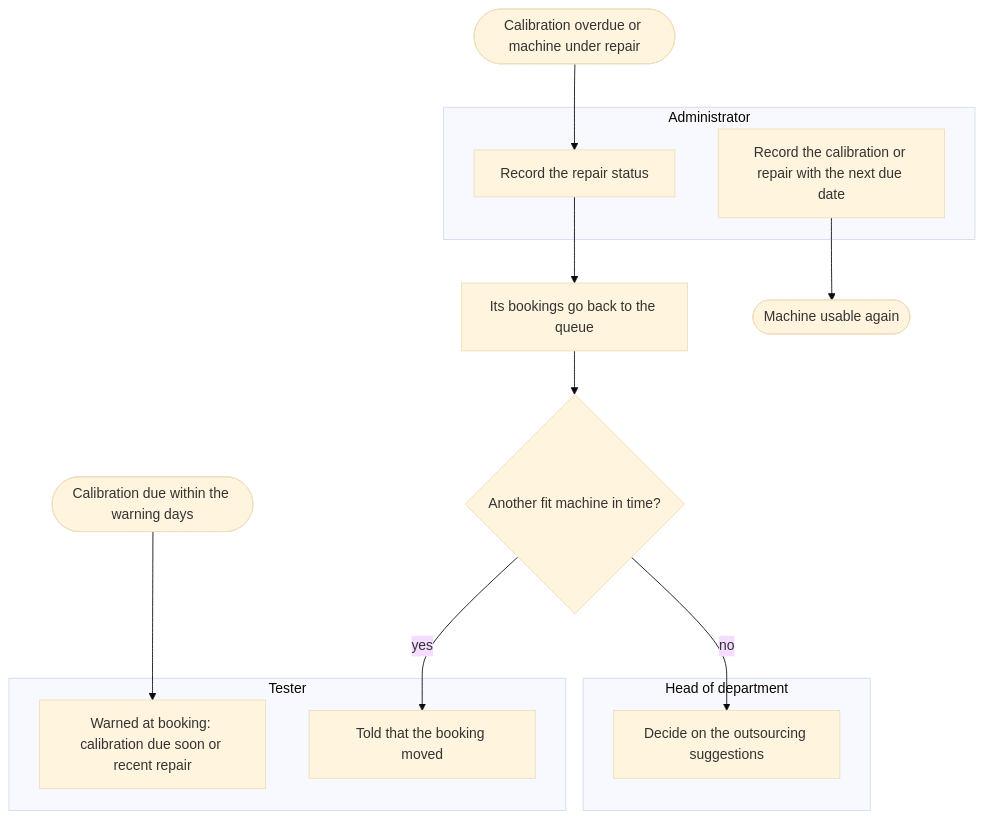
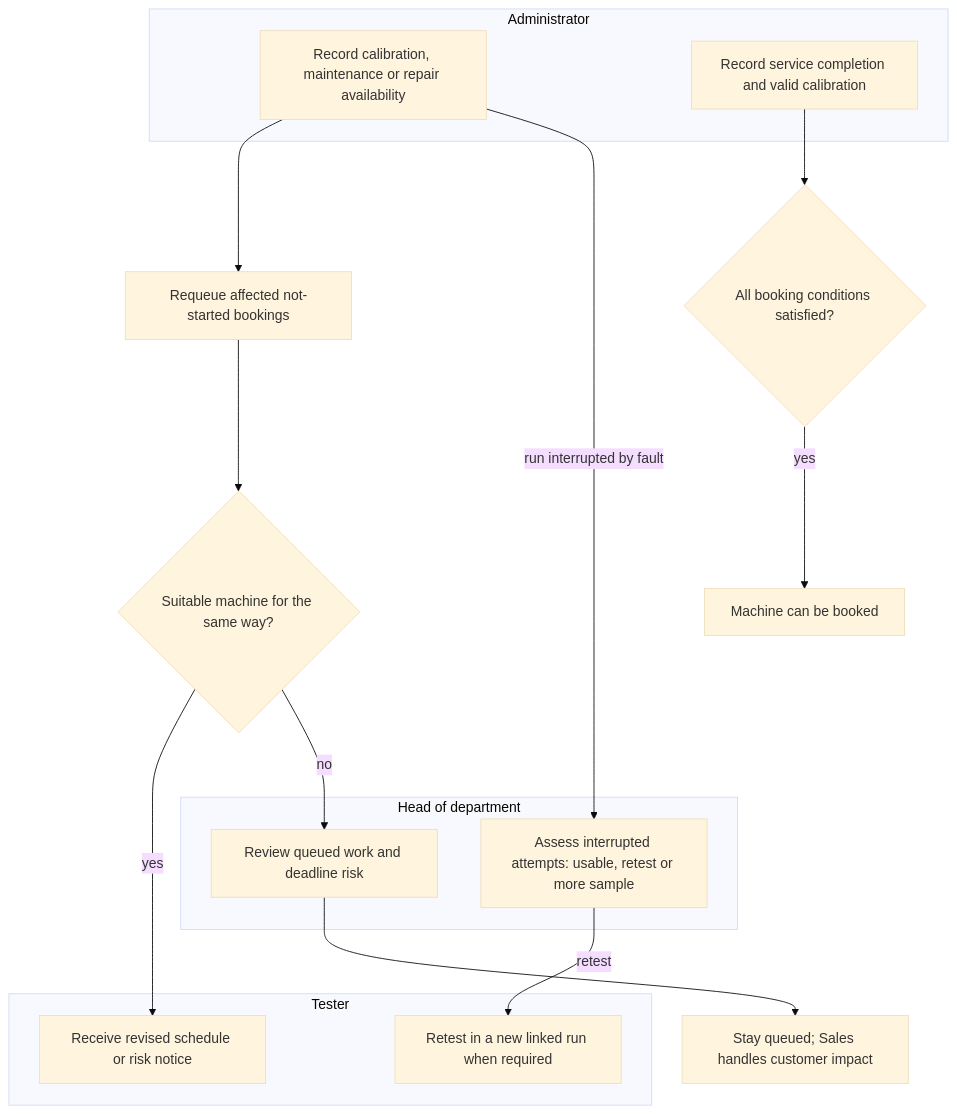
One commit to SoltuneMontepre/medilab changed diagram 12 of 16 in docs/functional/business-flows.md. Above: the diagram before and after it, drawn with Mermaid (base theme). The commit also changed other lines of this file and 30 other files, not shown here.

````diff
--- a/docs/functional/business-flows.md
+++ b/docs/functional/business-flows.md
@@ -506,20 +543,22 @@
 ```mermaid
 flowchart TD
-    subgraph lane27 ["Tester"]
-        t1["Warned at booking: calibration due soon or recent repair"]
-        t2[Told that the booking moved]
+    subgraph lane29 ["Administrator"]
+        a1[Record calibration, maintenance or repair availability]
+        a2[Record service completion and valid calibration]
     end
     subgraph lane28 ["Head of department"]
-        h1[Decide on the outsourcing suggestions]
+        h1[Assess interrupted attempts: usable, retest or more sample]
+        h2[Review queued work and deadline risk]
     end
-    subgraph lane29 ["Administrator"]
-        a1[Record the repair status]
-        a2[Record the calibration or repair with the next due date]
+    subgraph lane27 ["Tester"]
+        t1[Receive revised schedule or risk notice]
+        t2[Retest in a new linked run when required]
     end
-    due([Calibration due within the warning days]) --> t1
-    over([Calibration overdue or machine under repair]) --> a1 --> q[Its bookings go back to the queue]
-    q --> other{Another fit machine in time?}
-    other -->|yes| t2
-    other -->|no| h1
-    a2 --> back([Machine usable again])
+    a1 --> q[Requeue affected not-started bookings]
+    a1 -->|run interrupted by fault| h1 -->|retest| t2
+    q --> other{Suitable machine for the same way?}
+    other -->|yes| t1
+    other -->|no| h2 --> wait[Stay queued; Sales handles customer impact]
+    a2 --> fit{All booking conditions satisfied?}
+    fit -->|yes| available[Machine can be booked]
 ```
````
